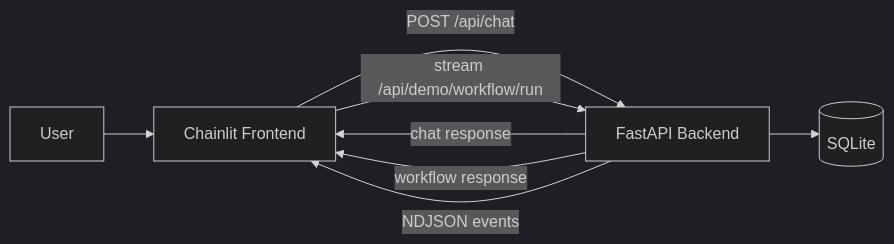
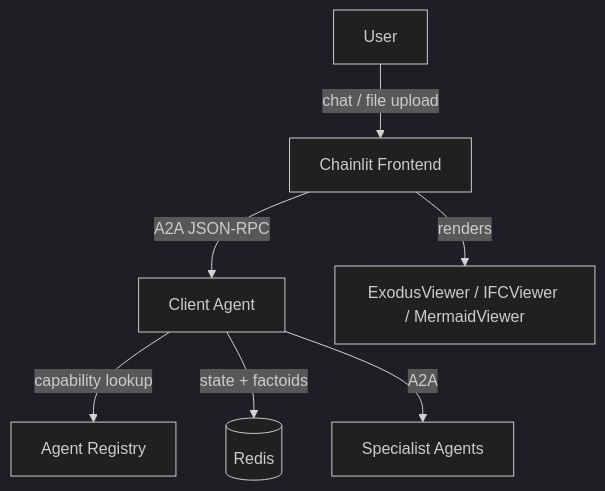
Before and after one commit to Jimmy-INL/prometheus_core: the diagram in docs/docs/prometheus-platform.md, drawn with Mermaid (dark theme). The commit also changed other lines of this file and 279 other files, not shown here.

First line of the commit message:
Merge multi_agent_testbed backend into prometheus_platform

````diff
--- a/docs/docs/prometheus-platform.md
+++ b/docs/docs/prometheus-platform.md
@@ -13,10 +13,9 @@
-``` mermaid
-graph LR
-  U[User] --> F[Chainlit Frontend]
-  F -->|POST /api/chat| B[FastAPI Backend]
-  B -->|chat response| F
-  B -->|workflow response| F
-  F -->|stream /api/demo/workflow/run| B
-  B -->|NDJSON events| F
-  B --> DB[(SQLite)]
+```mermaid
+graph TD
+  U[User] -->|chat / file upload| CL[Chainlit Frontend]
+  CL -->|A2A JSON-RPC| CA[Client Agent]
+  CA -->|capability lookup| REG[Agent Registry]
+  CA -->|state + factoids| RED[(Redis)]
+  CA -->|A2A| SA[Specialist Agents]
+  CL -->|renders| VIZ[ExodusViewer / IFCViewer / MermaidViewer]
 ```
````
